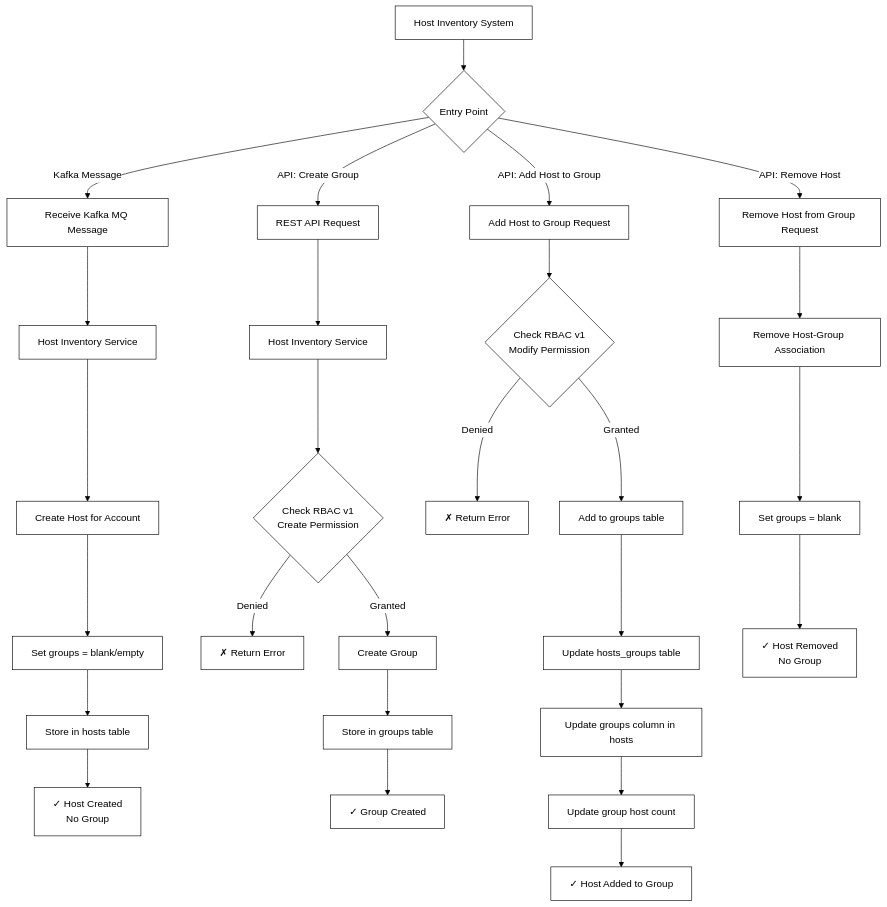
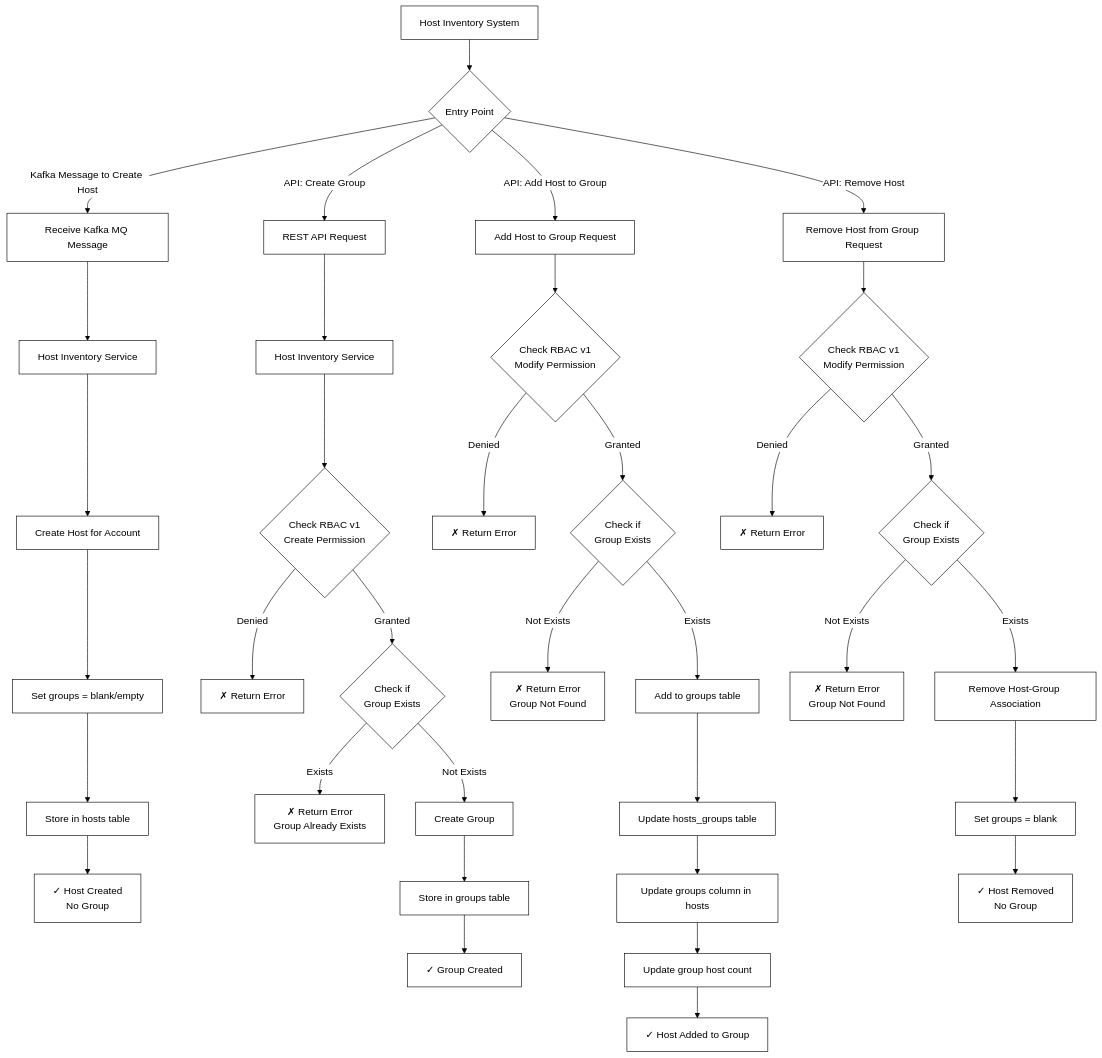
One commit to RedHatInsights/insights-host-inventory changed the second of 4 diagrams in docs/kessel-effects-combined.md. Above: the diagram before and after it, drawn with Mermaid. The commit also changed other lines of this file and 1 other file, not shown here.

Commit message:
Added RBAC_V2 check for With Kessel scenarios and cleaned up the doc

````diff
--- a/docs/kessel-effects-combined.md
+++ b/docs/kessel-effects-combined.md
@@ -28,40 +44,48 @@
 ```mermaid
 %%{init: {'theme':'base', 'themeVariables': { 'primaryColor':'#ffffff','primaryTextColor':'#000000','primaryBorderColor':'#000000','lineColor':'#000000','secondaryColor':'#ffffff','tertiaryColor':'#ffffff','clusterBkg':'#ffffff','clusterBorder':'#000000','titleColor':'#000000','edgeLabelBackground':'#ffffff','nodeTextColor':'#000000'}}}%%
 flowchart TD
     Start[Host Inventory System]
     Start --> Entry{Entry Point}
 
-    Entry -->|Kafka Message| HC1[Receive Kafka MQ Message]
+    Entry -->|Kafka Message to Create Host| HC1[Receive Kafka MQ Message]
     Entry -->|API: Create Group| GC1[REST API Request]
     Entry -->|API: Add Host to Group| HG1[Add Host to Group Request]
     Entry -->|API: Remove Host| RG1[Remove Host from Group Request]
 
     %% Host Creation Flow
     HC1 --> HC2[Host Inventory Service]
     HC2 --> HC3[Create Host for Account]
     HC3 --> HC4[Set groups = blank/empty]
     HC4 --> HC5[Store in hosts table]
     HC5 --> HC6[✓ Host Created<br/>No Group]
 
     %% Group Creation Flow
     GC1 --> GC2[Host Inventory Service]
     GC2 --> GC3{Check RBAC v1<br/>Create Permission}
     GC3 -->|Denied| GC4[✗ Return Error]
-    GC3 -->|Granted| GC5[Create Group]
-    GC5 --> GC6[Store in groups table]
-    GC6 --> GC7[✓ Group Created]
+    GC3 -->|Granted| GC5{Check if<br/>Group Exists}
+    GC5 -->|Exists| GC8[✗ Return Error<br/>Group Already Exists]
+    GC5 -->|Not Exists| GC6[Create Group]
+    GC6 --> GC7[Store in groups table]
+    GC7 --> GC9[✓ Group Created]
 
     %% Add Host to Group Flow
     HG1 --> HG2{Check RBAC v1<br/>Modify Permission}
     HG2 -->|Denied| HG3[✗ Return Error]
-    HG2 -->|Granted| HG4[Add to groups table]
-    HG4 --> HG5[Update hosts_groups table]
-    HG5 --> HG6[Update groups column in hosts]
-    HG6 --> HG7[Update group host count]
-    HG7 --> HG8[✓ Host Added to Group]
+    HG2 -->|Granted| HG4{Check if<br/>Group Exists}
+    HG4 -->|Not Exists| HG9[✗ Return Error<br/>Group Not Found]
+    HG4 -->|Exists| HG5[Add to groups table]
+    HG5 --> HG6[Update hosts_groups table]
+    HG6 --> HG7[Update groups column in hosts]
+    HG7 --> HG8[Update group host count]
+    HG8 --> HG10[✓ Host Added to Group]
 
     %% Remove Host from Group Flow
-    RG1 --> RG2[Remove Host-Group Association]
-    RG2 --> RG3[Set groups = blank]
-    RG3 --> RG4[✓ Host Removed<br/>No Group]
+    RG1 --> RG2{Check RBAC v1<br/>Modify Permission}
+    RG2 -->|Denied| RG7[✗ Return Error]
+    RG2 -->|Granted| RG3{Check if<br/>Group Exists}
+    RG3 -->|Not Exists| RG5[✗ Return Error<br/>Group Not Found]
+    RG3 -->|Exists| RG4[Remove Host-Group Association]
+    RG4 --> RG5B[Set groups = blank]
+    RG5B --> RG6[✓ Host Removed<br/>No Group]
 ```
````
